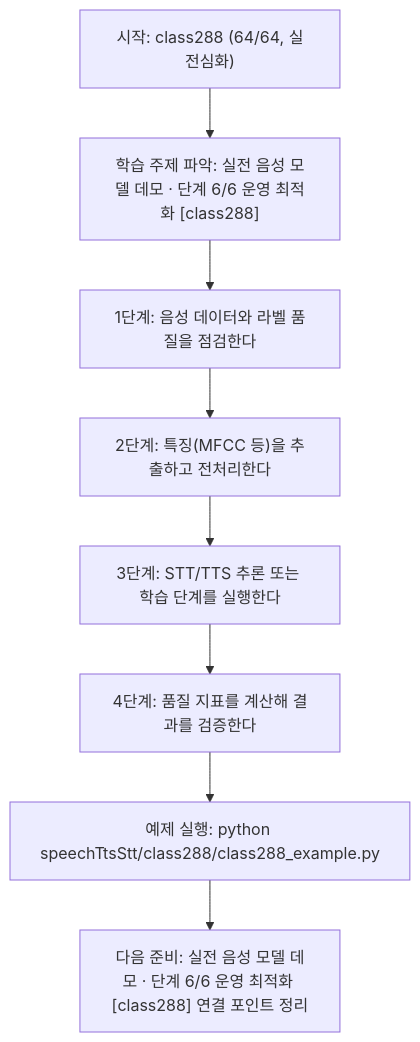
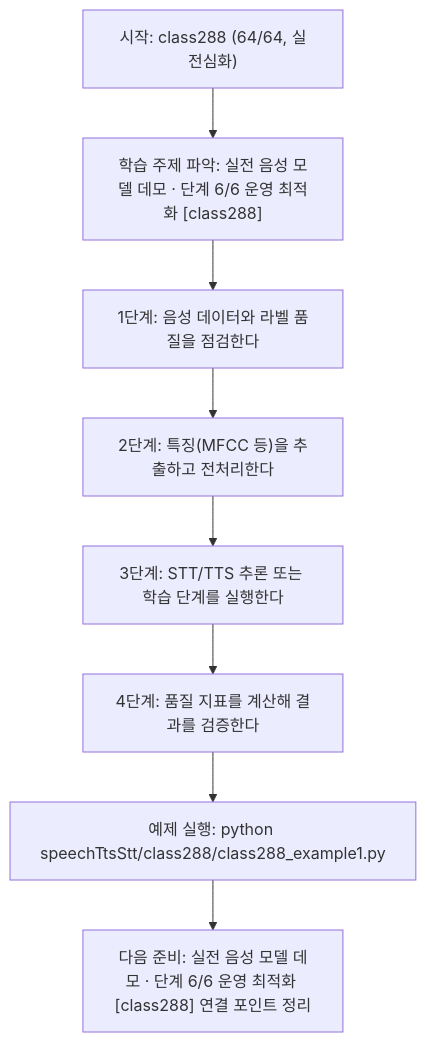
Before and after one commit to edumgt/Python-AI_Agent-Class: the diagram in speechTtsStt/class288/class288.md, drawn with Mermaid. The commit also changed other lines of this file and 2959 other files, not shown here.

````diff
--- a/speechTtsStt/class288/class288.md
+++ b/speechTtsStt/class288/class288.md
@@ -115,18 +115,18 @@
 ```mermaid
 flowchart TD
 N1["시작: class288 (64/64, 실전심화)"]
 N2["학습 주제 파악: 실전 음성 모델 데모 · 단계 6/6 운영 최적화 [class288]"]
 N3["1단계: 음성 데이터와 라벨 품질을 점검한다"]
 N4["2단계: 특징(MFCC 등)을 추출하고 전처리한다"]
 N5["3단계: STT/TTS 추론 또는 학습 단계를 실행한다"]
 N6["4단계: 품질 지표를 계산해 결과를 검증한다"]
-N7["예제 실행: python speechTtsStt/class288/class288_example.py"]
+N7["예제 실행: python speechTtsStt/class288/class288_example1.py"]
 N8["다음 준비: 실전 음성 모델 데모 · 단계 6/6 운영 최적화 [class288] 연결 포인트 정리"]
 N1 --> N2
 N2 --> N3
 N3 --> N4
 N4 --> N5
 N5 --> N6
 N6 --> N7
 N7 --> N8
 ```
````
